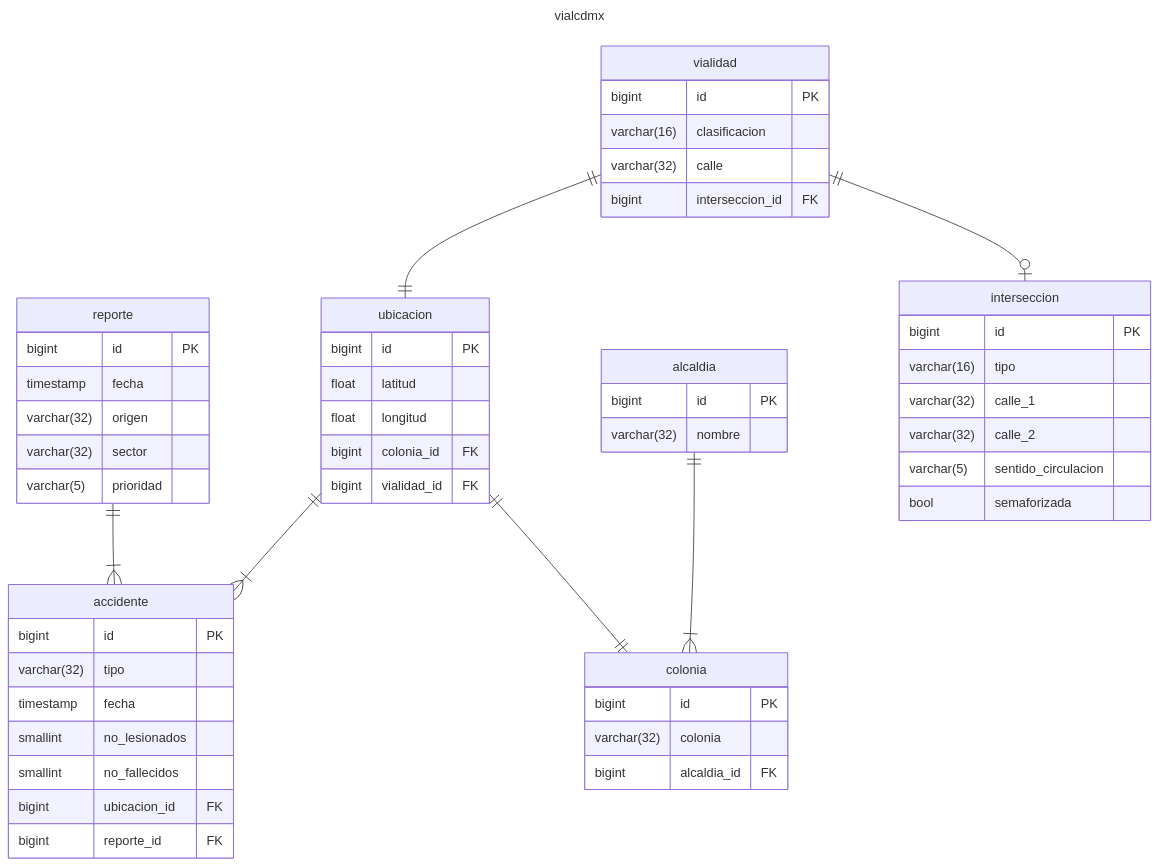
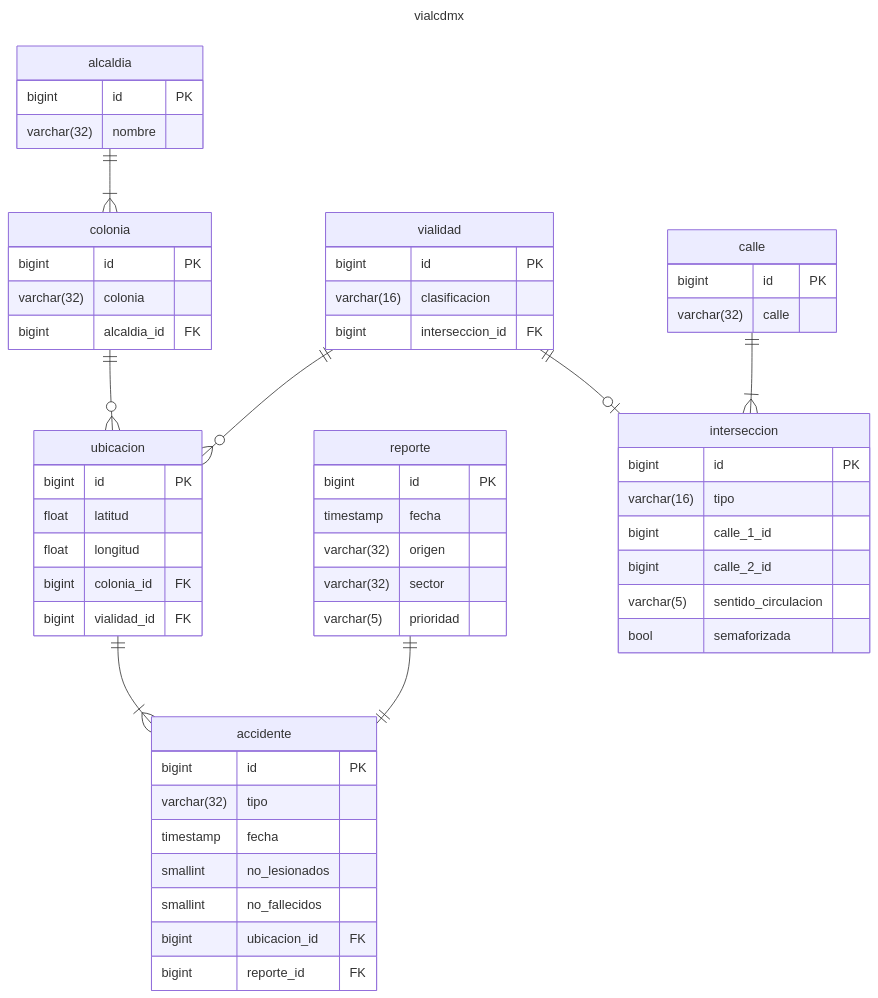
Before and after one commit to joltdot/proyecto_bd: the diagram in README.md, drawn with Mermaid.

Commit message:
Refactor ER diagram relationships and attributes
Updated entity relationships and attributes in the ER diagram.

````diff
--- a/README.md
+++ b/README.md
@@ -361,60 +361,65 @@
 ```mermaid
 ---
 title: vialcdmx
 ---
 
 erDiagram
     ubicacion ||--|{ accidente : " "
-    reporte || -- |{ accidente : " "
+    reporte || -- || accidente : " "
     alcaldia ||--|{ colonia : " "
-    ubicacion ||--|| colonia : " "
+    colonia ||--o{ ubicacion : " "
+    vialidad ||--o{ ubicacion : " "
     vialidad ||--o| interseccion : " "
-    vialidad ||--|| ubicacion : " "
+    calle ||--|{ interseccion : " "
     accidente {
         bigint id PK
         varchar(32) tipo
         timestamp fecha
         smallint no_lesionados
         smallint no_fallecidos
         bigint ubicacion_id FK 
         bigint reporte_id FK
     }
     alcaldia {
         bigint id PK
         varchar(32) nombre
     }
     colonia {
         bigint id PK
         varchar(32) colonia
         bigint alcaldia_id FK
     }
     interseccion {
         bigint id PK
         varchar(16) tipo
-        varchar(32) calle_1
-        varchar(32) calle_2
+        bigint calle_1_id
+        bigint calle_2_id
         varchar(5) sentido_circulacion
         bool semaforizada
     }
+    calle {
+        bigint id PK
+        varchar(32) calle    
+    }
+
     vialidad {
         bigint id PK
         varchar(16) clasificacion
-        varchar(32) calle 
         bigint interseccion_id FK 
     }
     ubicacion {
         bigint id PK
         float latitud
         float longitud
         bigint colonia_id FK 
         bigint vialidad_id FK 
     }
     reporte {
         bigint id PK
         timestamp fecha
         varchar(32) origen
         varchar(32) sector
         varchar(5) prioridad
     }
 
 ```
````
